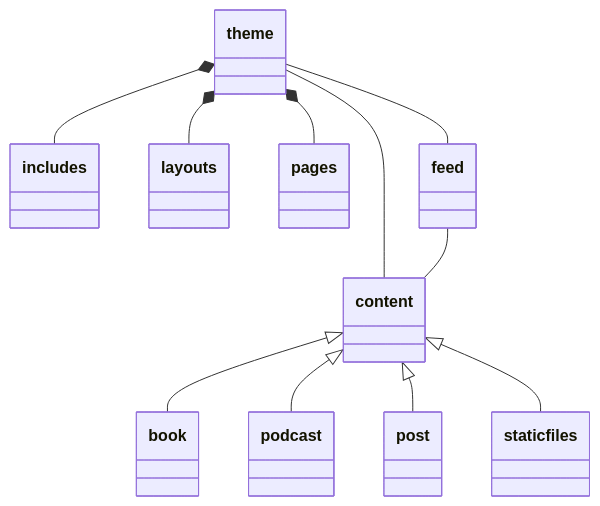
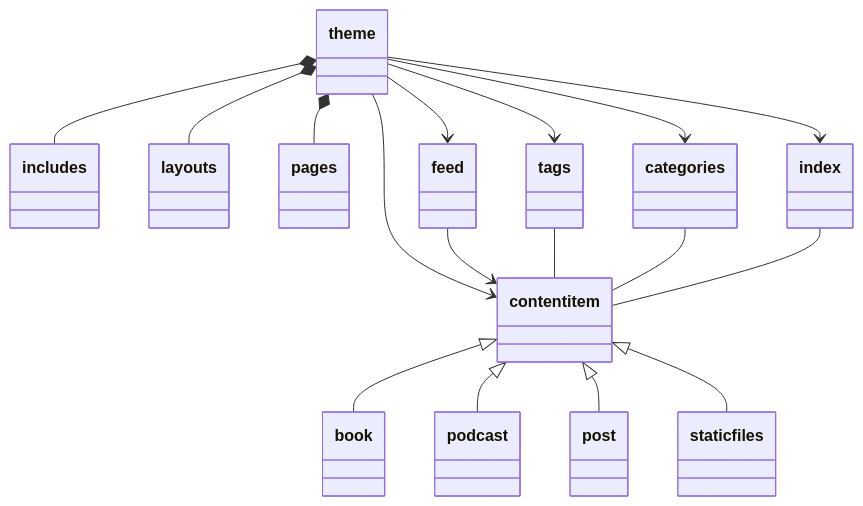
One commit to teggr/robintegg changed the diagram in README.md. Above: the diagram before and after it, drawn with Mermaid. The commit also changed other lines of this file and 25 other files, not shown here.

````diff
--- a/README.md
+++ b/README.md
@@ -9,15 +11,22 @@
 ```mermaid
 classDiagram
-    theme -- content
+    theme --> contentitem
     theme *-- includes
     theme *-- layouts
     theme *-- pages
-    theme -- feed
-    feed -- content
+    theme --> feed
+    theme --> tags
+    theme --> categories
+    theme --> index
+    feed --> contentitem
+
+    contentitem <|-- book
+    contentitem <|-- podcast
+    contentitem <|-- post
+    contentitem <|-- staticfiles
     
-    content <|-- book
-    content <|-- podcast
-    content <|-- post
-    content <|-- staticfiles
+    tags -- contentitem 
+    categories -- contentitem 
+    index -- contentitem
     
 ```
````
